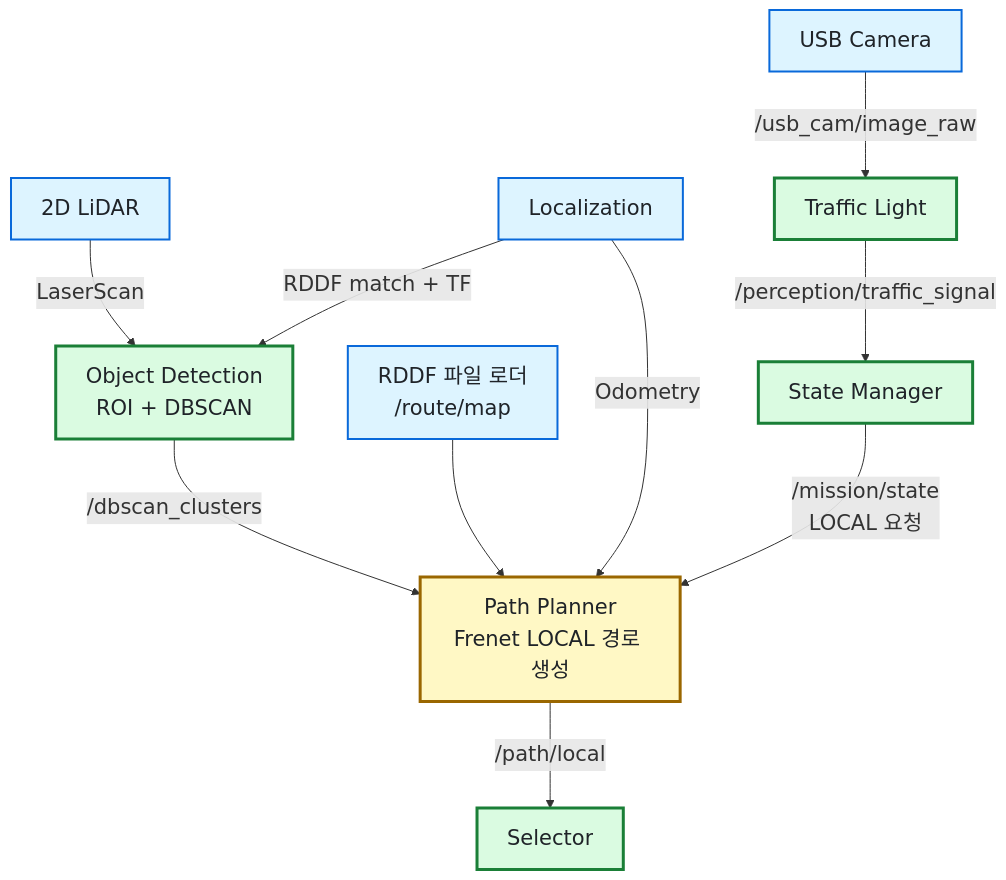
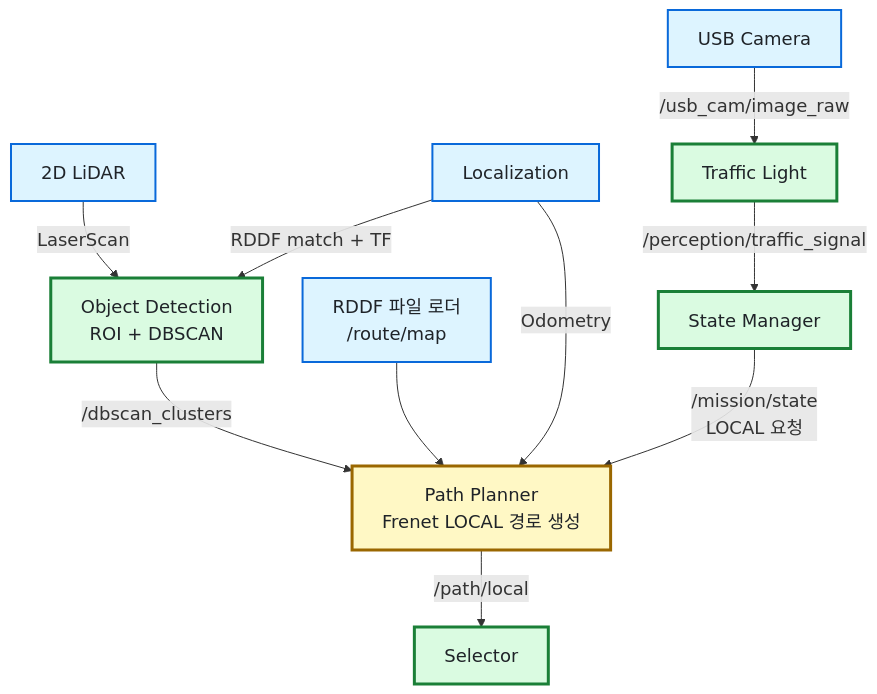
Before and after one commit to Team-Stier/HL-FMA-1-5-2026: the third of 3 diagrams in docs/architecture.md, drawn with Mermaid. The commit also changed other lines of this file, not shown here.

Commit message:
docs: tune architecture diagram sizing

````diff
--- a/docs/architecture.md
+++ b/docs/architecture.md
@@ -99,19 +99,19 @@
 ```mermaid
-%%{init: {"flowchart": {"htmlLabels": true, "nodeSpacing": 55, "rankSpacing": 75}, "themeVariables": {"fontSize": "21px"}}}%%
+%%{init: {"flowchart": {"htmlLabels": true, "nodeSpacing": 40, "rankSpacing": 50}, "themeVariables": {"fontSize": "18px"}}}%%
 flowchart TB
     classDef sensor fill:#ddf4ff,stroke:#0969da,stroke-width:2px,color:#1f2328
     classDef active fill:#dafbe1,stroke:#1a7f37,stroke-width:3px,color:#1f2328
     classDef planner fill:#fff8c5,stroke:#9a6700,stroke-width:3px,color:#1f2328
 
     CAMERA["USB Camera"]:::sensor -->|/usb_cam/image_raw| TL["Traffic Light"]:::active
     TL -->|/perception/traffic_signal| SM["State Manager"]:::active
 
     LIDAR["2D LiDAR"]:::sensor -->|LaserScan| OD["Object Detection<br/>ROI + DBSCAN"]:::active
     LOC["Localization"]:::sensor -->|RDDF match + TF| OD
     OD -->|/dbscan_clusters| LP["Path Planner<br/>Frenet LOCAL 경로 생성"]:::planner
 
     MAP["RDDF 파일 로더<br/>/route/map"]:::sensor --> LP
     LOC -->|Odometry| LP
     SM -->|/mission/state<br/>LOCAL 요청| LP
     LP -->|/path/local| SEL["Selector"]:::active
 ```
````
